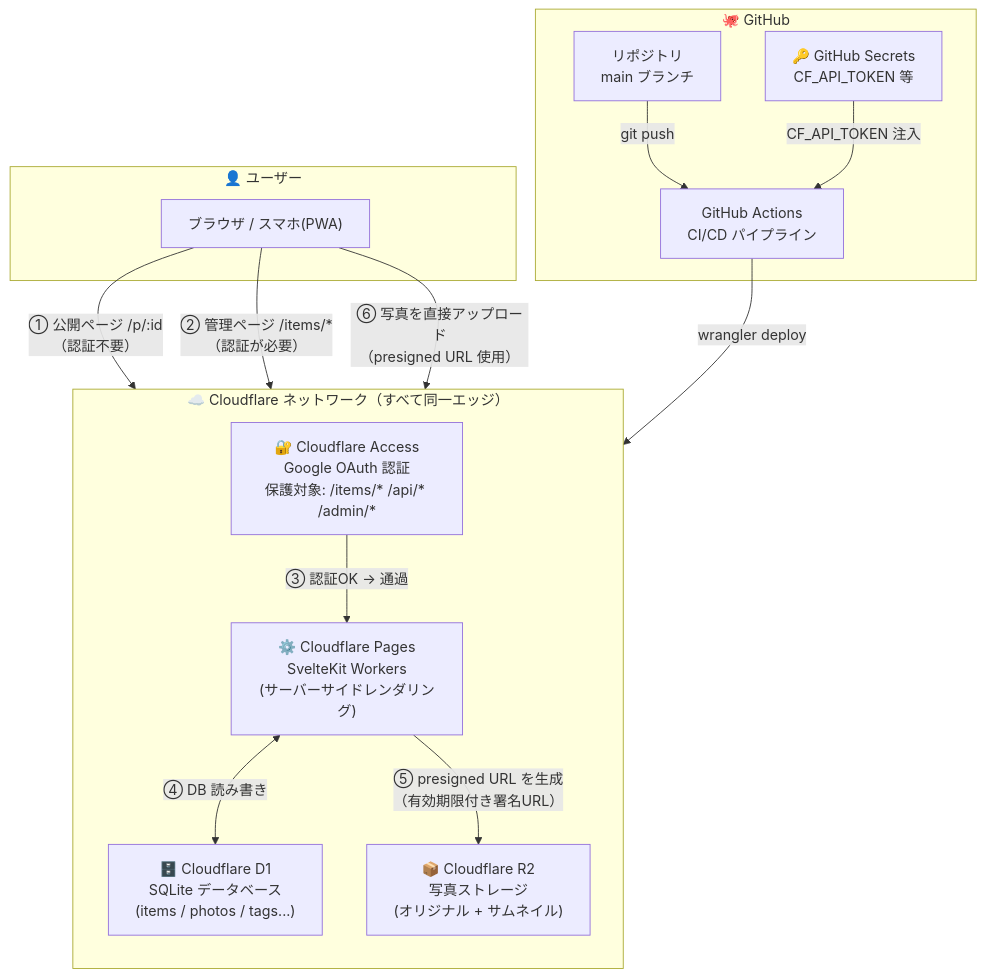
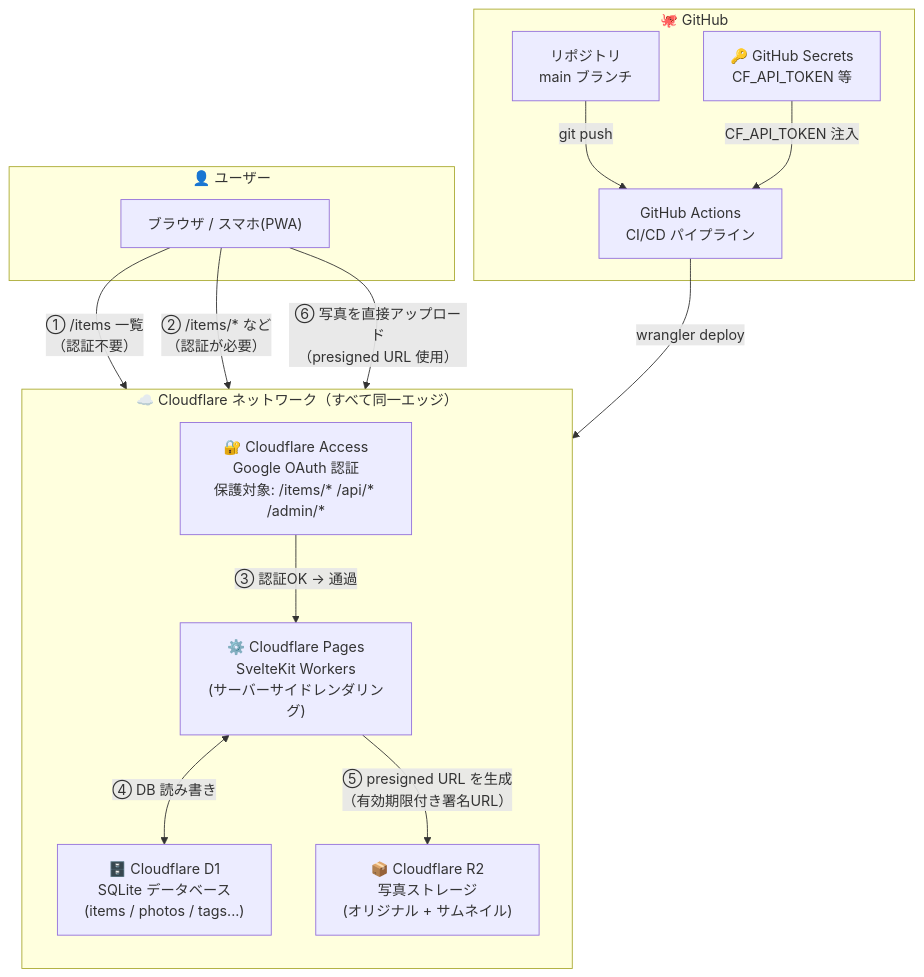
One commit to hane0707/figurine-catalog changed the first of 4 diagrams in docs/cloudflare-guide.md. Above: the diagram before and after it, drawn with Mermaid. The commit also changed other lines of this file and 1 other file, not shown here.

````diff
--- a/docs/cloudflare-guide.md
+++ b/docs/cloudflare-guide.md
@@ -9,31 +9,31 @@
 ```mermaid
 graph TB
     subgraph User["👤 ユーザー"]
         Browser["ブラウザ / スマホ(PWA)"]
     end
 
     subgraph CF["☁️ Cloudflare ネットワーク（すべて同一エッジ）"]
         direction TB
         Access["🔐 Cloudflare Access\nGoogle OAuth 認証\n保護対象: /items/* /api/* /admin/*"]
         Pages["⚙️ Cloudflare Pages\nSvelteKit Workers\n(サーバーサイドレンダリング)"]
         D1["🗄️ Cloudflare D1\nSQLite データベース\n(items / photos / tags...)"]
         R2["📦 Cloudflare R2\n写真ストレージ\n(オリジナル + サムネイル)"]
     end
 
     subgraph GitHub["🐙 GitHub"]
         Repo["リポジトリ\nmain ブランチ"]
         Actions["GitHub Actions\nCI/CD パイプライン"]
         GHSecrets["🔑 GitHub Secrets\nCF_API_TOKEN 等"]
     end
 
-    Browser -->|"① 公開ページ /p/:id\n（認証不要）"| Pages
-    Browser -->|"② 管理ページ /items/*\n（認証が必要）"| Access
+    Browser -->|"① /items 一覧\n（認証不要）"| Pages
+    Browser -->|"② /items/* など\n（認証が必要）"| Access
     Access -->|"③ 認証OK → 通過"| Pages
     Pages <-->|"④ DB 読み書き"| D1
     Pages -->|"⑤ presigned URL を生成\n（有効期限付き署名URL）"| R2
     Browser -->|"⑥ 写真を直接アップロード\n（presigned URL 使用）"| R2
 
     Repo -->|"git push"| Actions
     GHSecrets -->|"CF_API_TOKEN 注入"| Actions
     Actions -->|"wrangler deploy"| Pages
 ```
````
